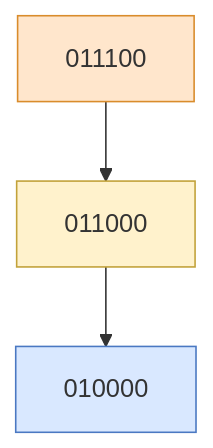
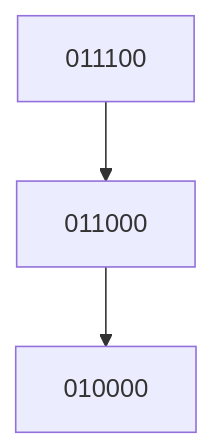
One commit to sciganec/subit-atlas changed the sixth of 8 diagrams in whitepaper/Whitepaper‑Figures.mmd. Above: the diagram before and after it, drawn with Mermaid. The commit also changed other lines of this file, not shown here.

````diff
--- a/whitepaper/Whitepaper‑Figures.mmd
+++ b/whitepaper/Whitepaper‑Figures.mmd
@@ -174,8 +136,4 @@
 ```mermaid
 graph TD
     T1["011100"] --> T2["011000"] --> T3["010000"]
-
-    style T1 fill:#ffe6cc,stroke:#d98c2c
-    style T2 fill:#fff2cc,stroke:#c2a23a
-    style T3 fill:#d9e8ff,stroke:#4a78c2
 ```
````
